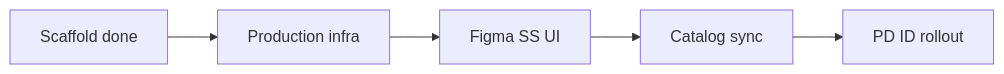
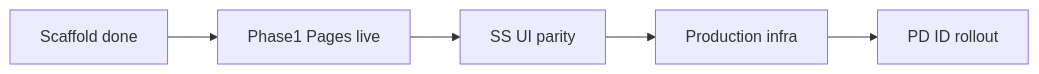
The diagram in docs/10-roadmap-and-status.md (SWFTstudios/core-home-finish-library), drawn with Mermaid before and after one commit. The commit also changed other lines of this file and 14 other files, not shown here.

First line of the commit message:
docs: refresh project book for live configurator and Phase 1 deploy

````diff
--- a/docs/10-roadmap-and-status.md
+++ b/docs/10-roadmap-and-status.md
@@ -58,13 +89,13 @@
 ```mermaid
 flowchart LR
   M1[Scaffold done]
-  M2[Production infra]
-  M3[Figma SS UI]
-  M4[Catalog sync]
+  M2[Phase1 Pages live]
+  M3[SS UI parity]
+  M4[Production infra]
   M5[PD ID rollout]
 
   M1 --> M2
   M2 --> M3
   M3 --> M4
   M4 --> M5
 ```
````
